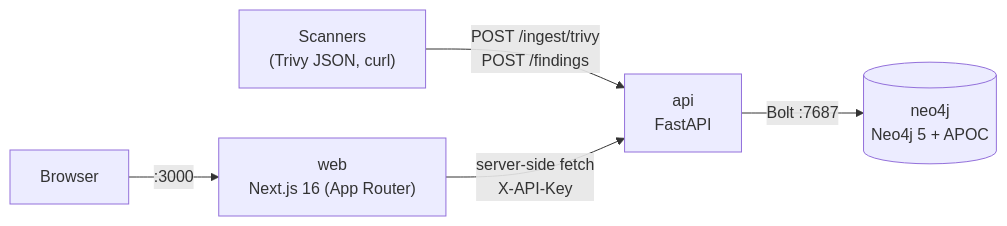
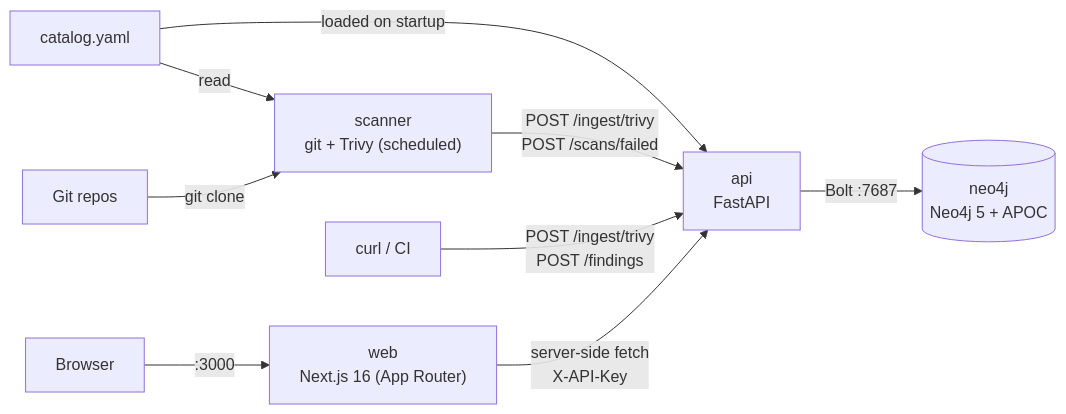
The diagram in README.md (PatakiSubodh/ASPM), drawn with Mermaid before and after one commit. The commit also changed other lines of this file and 13 other files, not shown here.

Commit message:
feat: add scheduled trivy scanner service with failed scan recording

````diff
--- a/README.md
+++ b/README.md
@@ -9,7 +9,11 @@
 ```mermaid
 flowchart LR
-    scanner["Scanners<br/>(Trivy JSON, curl)"] -->|"POST /ingest/trivy<br/>POST /findings"| api
+    catalog["catalog.yaml"] -->|"read"| scanner
+    catalog -->|"loaded on startup"| api
+    github["Git repos"] -->|"git clone"| scanner
+    scanner["scanner<br/>git + Trivy (scheduled)"] -->|"POST /ingest/trivy<br/>POST /scans/failed"| api
+    manual["curl / CI"] -->|"POST /ingest/trivy<br/>POST /findings"| api
     browser["Browser"] -->|":3000"| web
     web["web<br/>Next.js 16 (App Router)"] -->|"server-side fetch<br/>X-API-Key"| api
     api["api<br/>FastAPI"] -->|"Bolt :7687"| db[("neo4j<br/>Neo4j 5 + APOC")]
 ```
````
